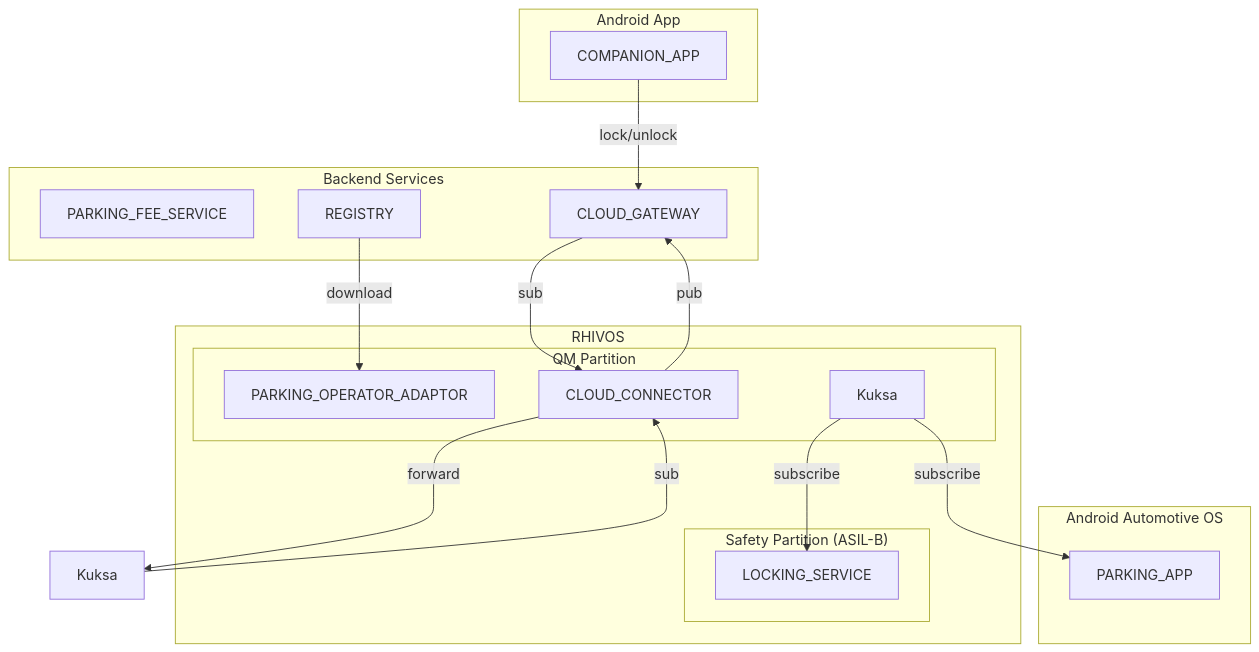
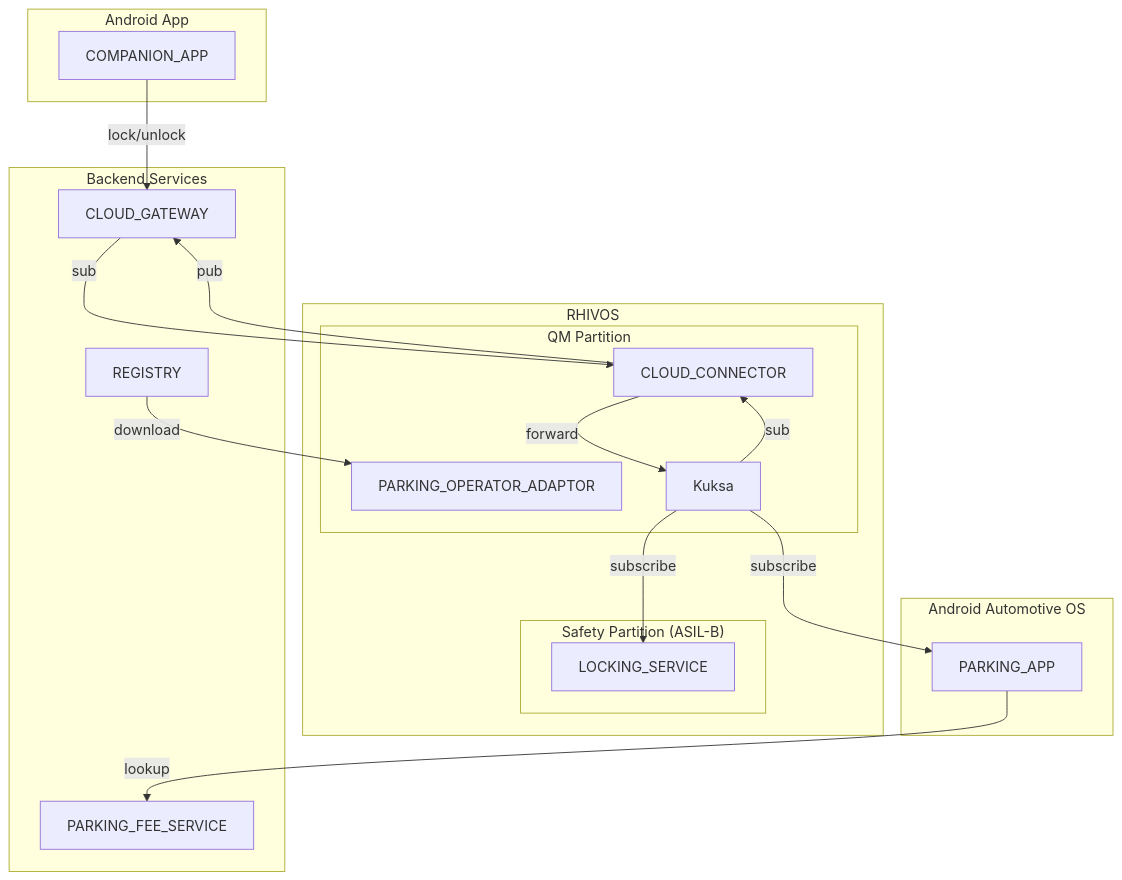
Before and after one commit to rhadp/parking-fee-service: the diagram in prd.md, drawn with Mermaid.

Commit message:
initial prd.md

````diff
--- a/prd.md
+++ b/prd.md
@@ -91,39 +91,41 @@
 ```mermaid
 flowchart TD
 subgraph AAOS["Android Automotive OS"]
 	ParkingApp["PARKING_APP"]
 end
 
 subgraph Android["Android App"]
 	CompanionApp["COMPANION_APP"]
 end
 
 subgraph RHIVOS["RHIVOS"]
 	subgraph QM["QM Partition"]
 		Adaptor["PARKING_OPERATOR_ADAPTOR"]
     CloudConnector["CLOUD_CONNECTOR"]
     DataBroker["Kuksa"]
 	end
 	
 	subgraph Safety["Safety Partition (ASIL-B)"]
 		LockingService["LOCKING_SERVICE"]
 	end
 end
 
 subgraph Cloud["Backend Services"]
   ParkingFeeService["PARKING_FEE_SERVICE"]
   Registry["REGISTRY"]
   CloudGateway["CLOUD_GATEWAY"]
 end
 
 CompanionApp --> |lock/unlock| CloudGateway
 
 CloudConnector --> |pub| CloudGateway --> |sub| CloudConnector
-CloudConnector --> |forward| Kuksa --> |sub| CloudConnector
+CloudConnector --> |forward| DataBroker --> |sub| CloudConnector
 
 DataBroker --> |subscribe| LockingService
 DataBroker --> |subscribe| ParkingApp
 
+ParkingApp --> |lookup| ParkingFeeService
+
 Registry --> |download| Adaptor
 
 ```
````
